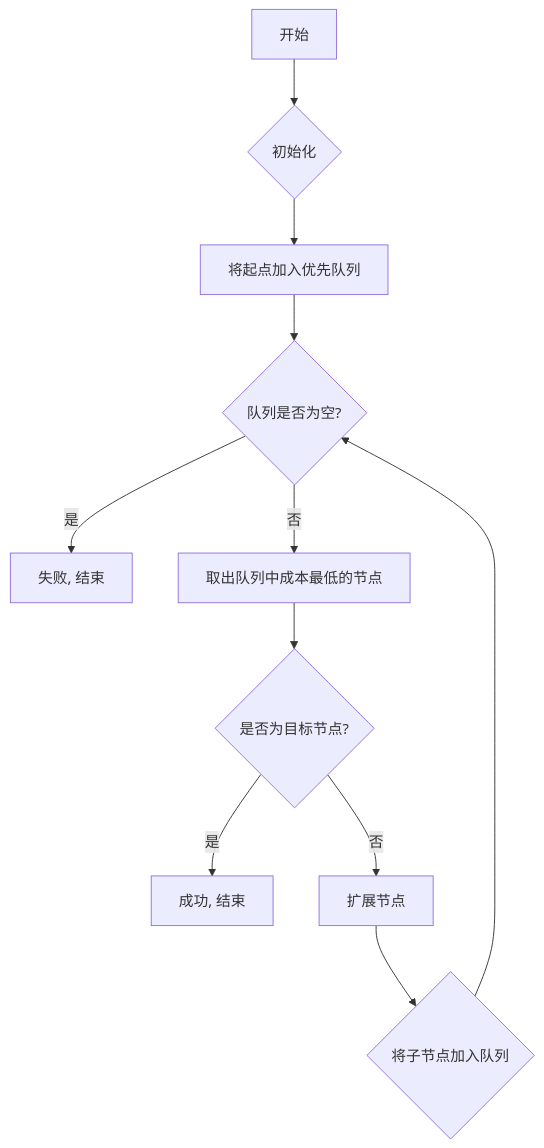
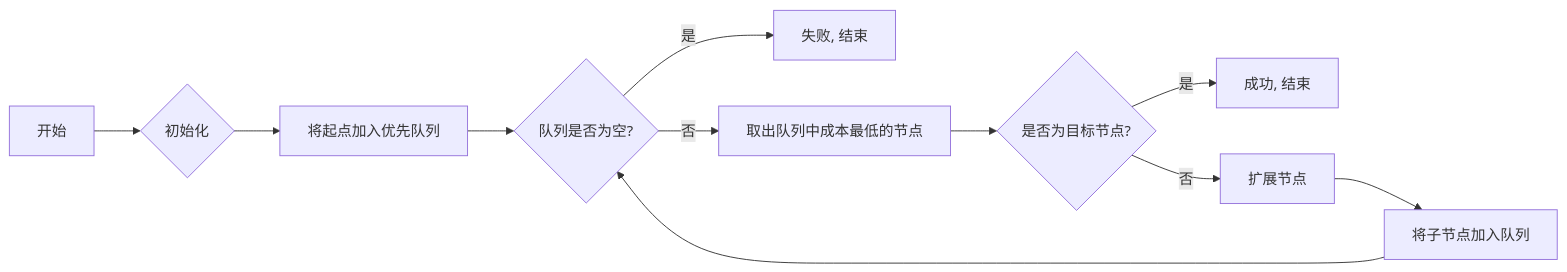
One commit to SeeleWelt/iodraw-files changed the diagram in all/未命名-2.md. Above: the diagram before and after it, drawn with Mermaid.

Commit message:
2025-04-20 17:06:27 update

````diff
--- a/all/未命名-2.md
+++ b/all/未命名-2.md
@@ -1,14 +1,14 @@
 ```mermaid
-graph TD
+graph LR
     A[开始] --> B{初始化}
     B --> C[将起点加入优先队列]
     C --> D{队列是否为空?}
     D -- 是 --> G[失败, 结束]
     D -- 否 --> E[取出队列中成本最低的节点]
     E --> F{是否为目标节点?}
     F -- 是 --> H[成功, 结束]
     F -- 否 --> I[扩展节点]
-    I --> J{将子节点加入队列}
+    I --> J[将子节点加入队列]
     J --> D
 
 ```
````
